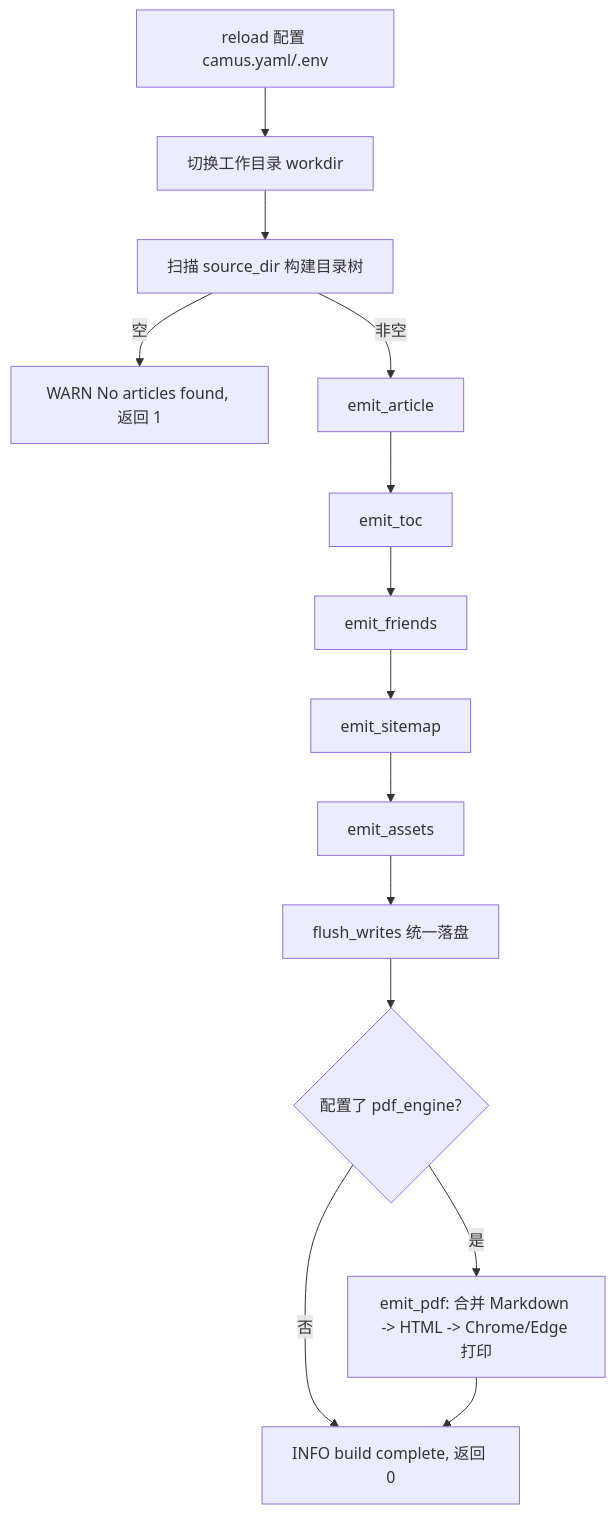
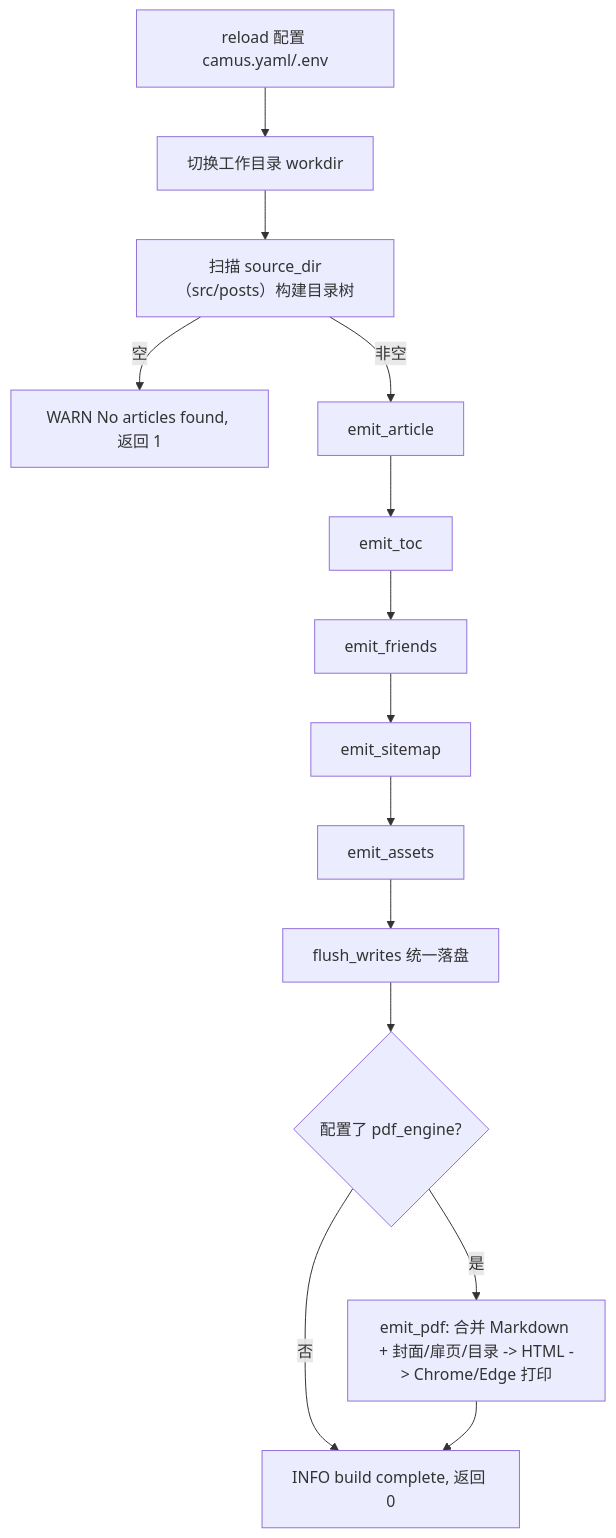
Before and after one commit to o8x/camus: the diagram in docs/prd/01-overview.md, drawn with Mermaid. The commit also changed other lines of this file and 10 other files, not shown here.

````diff
--- a/docs/prd/01-overview.md
+++ b/docs/prd/01-overview.md
@@ -48,16 +48,16 @@
 ```mermaid
 flowchart TD
     A[reload 配置 camus.yaml/.env] --> B[切换工作目录 workdir]
-    B --> C[扫描 source_dir 构建目录树]
+    B --> C[扫描 source_dir（src/posts）构建目录树]
     C -->|空| W[WARN No articles found, 返回 1]
     C -->|非空| D[emit_article]
     D --> E[emit_toc]
     E --> F[emit_friends]
     F --> G[emit_sitemap]
     G --> H[emit_assets]
     H --> I[flush_writes 统一落盘]
     I --> P{配置了 pdf_engine?}
-    P -->|是| Q[emit_pdf: 合并 Markdown -> HTML -> Chrome/Edge 打印]
+    P -->|是| Q[emit_pdf: 合并 Markdown + 封面/扉页/目录 -> HTML -> Chrome/Edge 打印]
     P -->|否| J
     Q --> J[INFO build complete, 返回 0]
 ```
````
